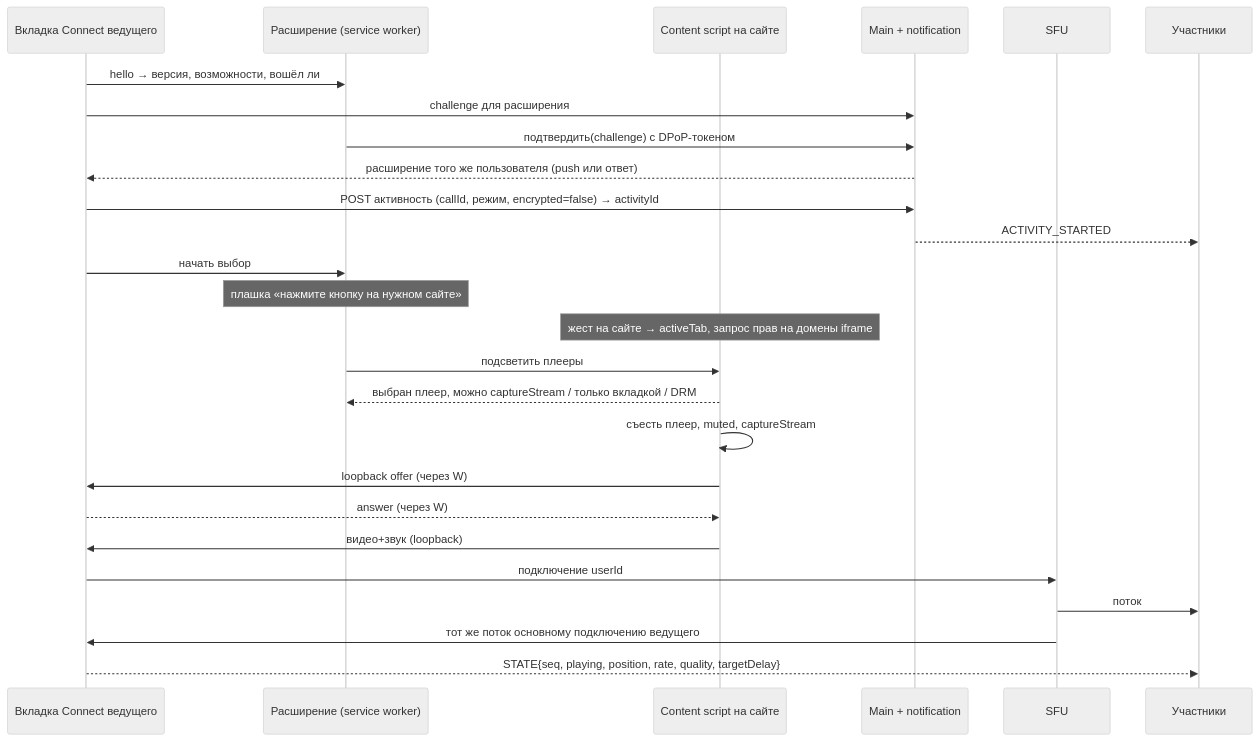
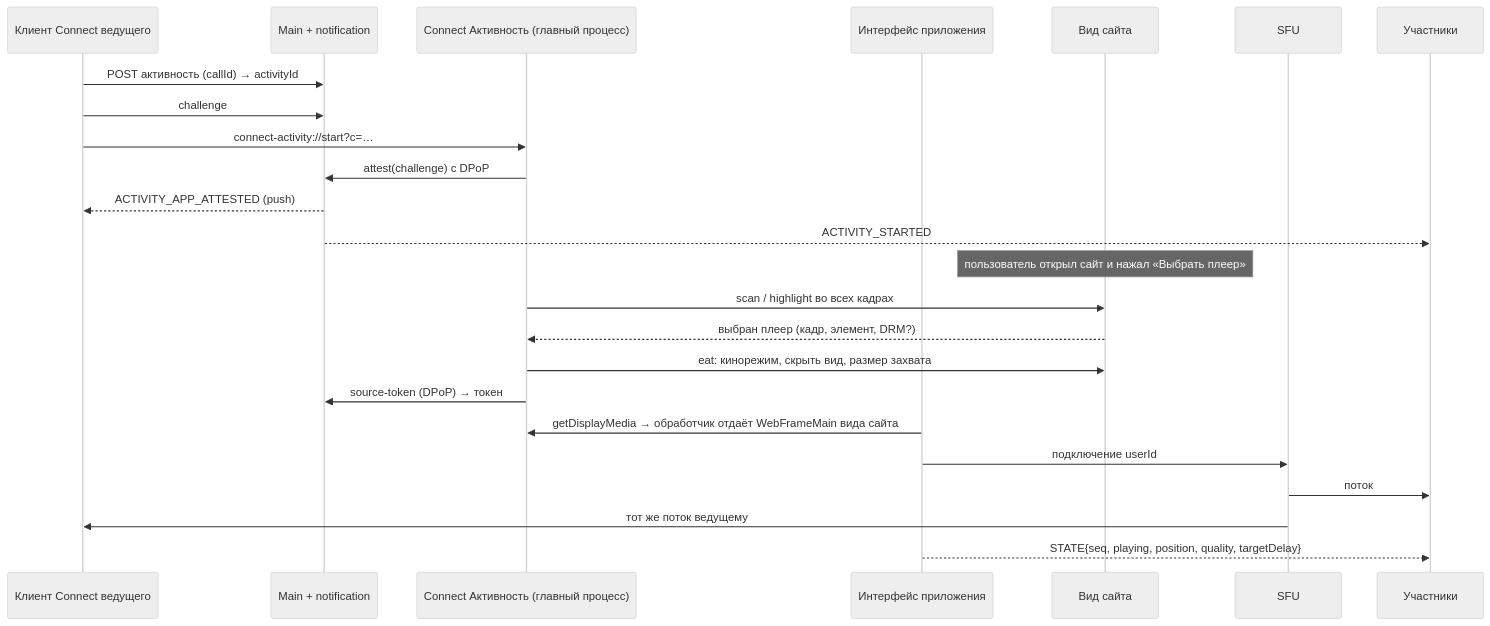
Before and after one commit to 59Alex/docs: the second of 2 diagrams in activity-share-analysis.md, drawn with Mermaid (neutral theme). The commit also changed other lines of this file and 24 other files, not shown here.

First line of the commit message:
Анализ activity-share, ред. 3: ПК-приложение «Connect Активность» на Electron

````diff
--- a/activity-share-analysis.md
+++ b/activity-share-analysis.md
@@ -169,28 +132,26 @@
 ```mermaid
 sequenceDiagram
-  participant C as Вкладка Connect ведущего
-  participant W as Расширение (service worker)
-  participant S as Content script на сайте
+  participant C as Клиент Connect ведущего
   participant M as Main + notification
+  participant A as Connect Активность (главный процесс)
+  participant U as Интерфейс приложения
+  participant S as Вид сайта
   participant F as SFU
   participant V as Участники
-  C->>W: hello → версия, возможности, вошёл ли
-  C->>M: challenge для расширения
-  W->>M: подтвердить(challenge) с DPoP-токеном
-  M-->>C: расширение того же пользователя (push или ответ)
-  C->>M: POST активность (callId, режим, encrypted=false) → activityId
+  C->>M: POST активность (callId) → activityId
+  C->>M: challenge
+  C->>A: connect-activity://start?c=…
+  A->>M: attest(challenge) c DPoP
+  M-->>C: ACTIVITY_APP_ATTESTED (push)
   M-->>V: ACTIVITY_STARTED
-  C->>W: начать выбор
-  Note over W: плашка «нажмите кнопку на нужном сайте»
-  Note over S: жест на сайте → activeTab, запрос прав на домены iframe
-  W->>S: подсветить плееры
-  S-->>W: выбран плеер, можно captureStream / только вкладкой / DRM
-  S->>S: съесть плеер, muted, captureStream
-  S->>C: loopback offer (через W)
-  C-->>S: answer (через W)
-  S->>C: видео+звук (loopback)
-  C->>F: подключение userId#activity, publish (simulcast, без E2EE)
+  Note over S: пользователь открыл сайт и нажал «Выбрать плеер»
+  A->>S: scan / highlight во всех кадрах
+  S-->>A: выбран плеер (кадр, элемент, DRM?)
+  A->>S: eat: кинорежим, скрыть вид, размер захвата
+  A->>M: source-token (DPoP) → токен #activity
+  U->>A: getDisplayMedia → обработчик отдаёт WebFrameMain вида сайта
+  U->>F: подключение userId#activity, publish видео+звук
   F->>V: поток
-  F->>C: тот же поток основному подключению ведущего
-  C-->>V: STATE{seq, playing, position, rate, quality, targetDelay}
+  F->>C: тот же поток ведущему
+  U-->>V: STATE{seq, playing, position, quality, targetDelay}
 ```
````
